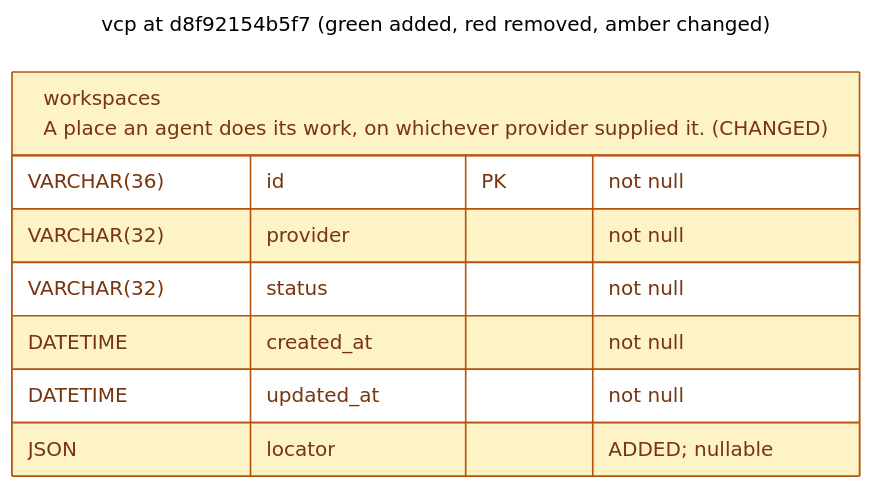
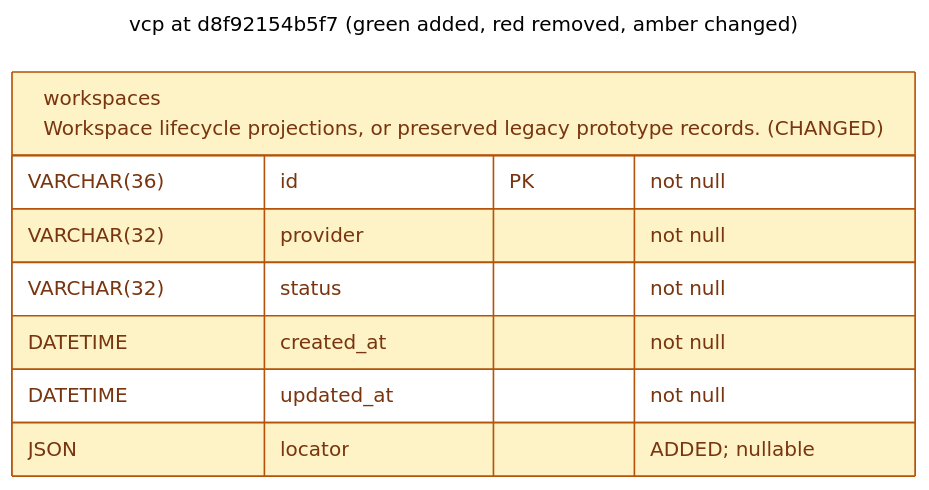
The diagram in v2/docs/schema/vcp/d8f92154b5f7.mermaid (OpenEngine/OpenEngine), drawn with Mermaid before and after one commit. The commit also changed 20 other files, not shown here.

```diff
--- a/v2/docs/schema/vcp/d8f92154b5f7.mermaid
+++ b/v2/docs/schema/vcp/d8f92154b5f7.mermaid
@@ -1,22 +1,22 @@
 ---
 title: vcp at d8f92154b5f7 (green added, red removed, amber changed)
 config:
   theme: neutral
 ---
 erDiagram
     direction LR
     %% REMOVED tables/columns are tombstones, absent from this revision's schema.
     %% Column changes include type, nullability, default and key membership.
     %% Table changes also include indexes and constraints.
     classDef added fill:#dcfce7,stroke:#15803d,color:#14532d
     classDef removed fill:#fee2e2,stroke:#b91c1c,color:#7f1d1d
     classDef changed fill:#fef3c7,stroke:#b45309,color:#78350f
-    workspaces["workspaces<br/>A place an agent does its work, on whichever provider supplied it. (CHANGED)"] {
+    workspaces["workspaces<br/>Workspace lifecycle projections, or preserved legacy prototype records. (CHANGED)"] {
         VARCHAR(36) id PK "not null"
         VARCHAR(32) provider "not null"
         VARCHAR(32) status "not null"
         DATETIME created_at "not null"
         DATETIME updated_at "not null"
         JSON locator "ADDED; nullable"
     }
     class workspaces changed
```
